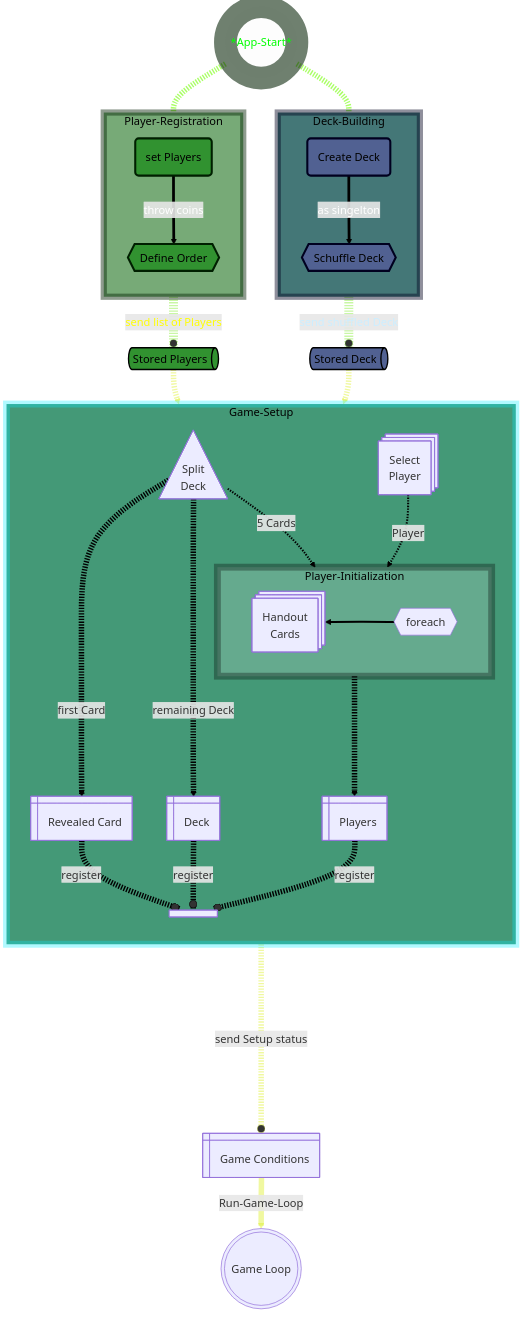
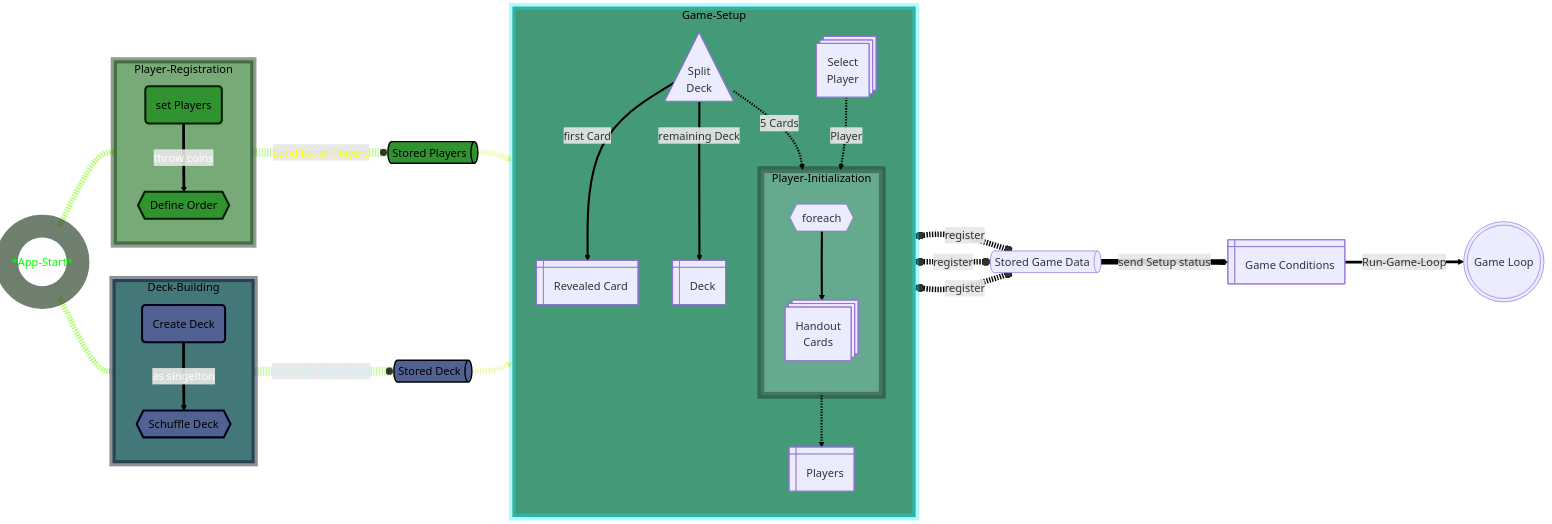
One commit to IxI-Enki/PoseUebung-016 changed the second of 2 diagrams in README.md. Above: the diagram before and after it, drawn with Mermaid. The commit also changed other lines of this file, not shown here.

````diff
--- a/README.md
+++ b/README.md
@@ -8,27 +87,25 @@
 ```mermaid
- 
-flowchart TB
+flowchart LR
 
   %% NODES:
-    fxStrtCndtns[ Game Conditions ]@{ shape: win-pane }
-    dfPlyrOrdr[   Define Order    ]@{ shape: hex      }
-    bgnGame[      Game Loop       ]@{ shape: dbl-circ }
-    players[      Players         ]@{ shape: win-pane }
-    fxPlyr[       Stored Players  ]@{ shape: h-cyl    }
-    dfPlyr[       set Players     ]@{ shape: rounded  }
-    rvCrd[        Revealed Card   ]@{ shape: win-pane }
-    shDck[        Schuffle Deck   ]@{ shape: hex      }
-    crDck[        Create Deck     ]@{ shape: rounded  }
-    fxDck[        Stored Deck     ]@{ shape: h-cyl    }
-    strt[         *App-Start*     ]@{ shape: circle   }
-    init[         i               ]@{ shape: fork     }
-    e[            foreach         ]@{ shape: hex }
-    d[            Deck            ]@{ shape: win-pane }
-         
+    fxStrtCndtns[ Game Conditions  ]@{ shape: win-pane }
+    dfPlyrOrdr[   Define Order     ]@{ shape: hex      }
+    bgnGame[      Game Loop        ]@{ shape: dbl-circ }
+    players[      Players          ]@{ shape: win-pane }
+    fxPlyr[       Stored Players   ]@{ shape: h-cyl    }
+    dfPlyr[       set Players      ]@{ shape: rounded  }
+    rvCrd[        Revealed Card    ]@{ shape: win-pane }
+    shDck[        Schuffle Deck    ]@{ shape: hex      }
+    crDck[        Create Deck      ]@{ shape: rounded  }
+    fxDck[        Stored Deck      ]@{ shape: h-cyl    }
+    strt[         *App-Start*      ]@{ shape: circle   }
+    init[         Stored Game Data ]@{ shape: h-cyl    }
+    e[            foreach          ]@{ shape: hex      }
+    d[            Deck             ]@{ shape: win-pane }
 
-         ip@{ shape: st-rect, label: "Select\n Player"  }
-         id@{ shape: tri,     label: "Split\n Deck"  }
-    hndPlyr@{ shape: st-rect, label: "Handout\nCards" }
+         ip@{ shape: st-rect, label: "Select\n Player" }
+         id@{ shape: tri,     label: "Split\n Deck"    }
+    hndPlyr@{ shape: st-rect, label: "Handout\nCards"  }
     
   %% CLASS STYLES:
     style strt color:#0f0f, fill:#f1f4f230, stroke:#001f0090, stroke-width:33px;
@@ -84,31 +161,28 @@
       ip -.-> | Player  | Player-Initialization
         linkStyle 8,9 stroke:#000, stroke-width:3px;
 
-        subgraph Player-Initialization
-          direction RL
-          e --> hndPlyr
-            linkStyle 10 stroke:#000, stroke-width:3px;
-        end
+      subgraph Player-Initialization
+        direction TB
+        e --> hndPlyr
+          linkStyle 10 stroke:#000, stroke-width:3px;
+      end
 
-      Player-Initialization -..-> players
-      id                   -.->          | first Card     | rvCrd
-      id                   -.->          | remaining Deck | d
-      players              -.-o          | register | init   
-      rvCrd                -.-o          | register | init
-      d                    -.-o          | register | init
- 
-       linkStyle 11,12,13,14,15,16 stroke:#000, stroke-width:8px;
-       
-  
-  
+      Player-Initialization -.-> players
+      id                    -->          | first Card     | rvCrd
+      id                    -->          | remaining Deck | d
+        linkStyle 11,12,13 stroke:#000, stroke-width:3px;
+    end
+      
+      players              o-.-o          | register | init   
+      rvCrd                o-.-o          | register | init
+      d                    o-.-o          | register | init
+        linkStyle 14,15,16 stroke:#000, stroke-width:8px;
 
-    end
-
-    Game-Setup -.....-o  | send Setup status | fxStrtCndtns 
-      linkStyle 17 stroke:#e0f0407f, stroke-width:8px;
+    init --> | send Setup status | fxStrtCndtns 
+      linkStyle 17 stroke:#000, stroke-width:8px;
 
   %% GAME-LOOP: 
     fxStrtCndtns ==> | Run-Game-Loop     | bgnGame
-      linkStyle 18 stroke:#e0f0407f, stroke-width:8px;
+      linkStyle 18 stroke:#000, stroke-width:4px;
 
 ```
````
